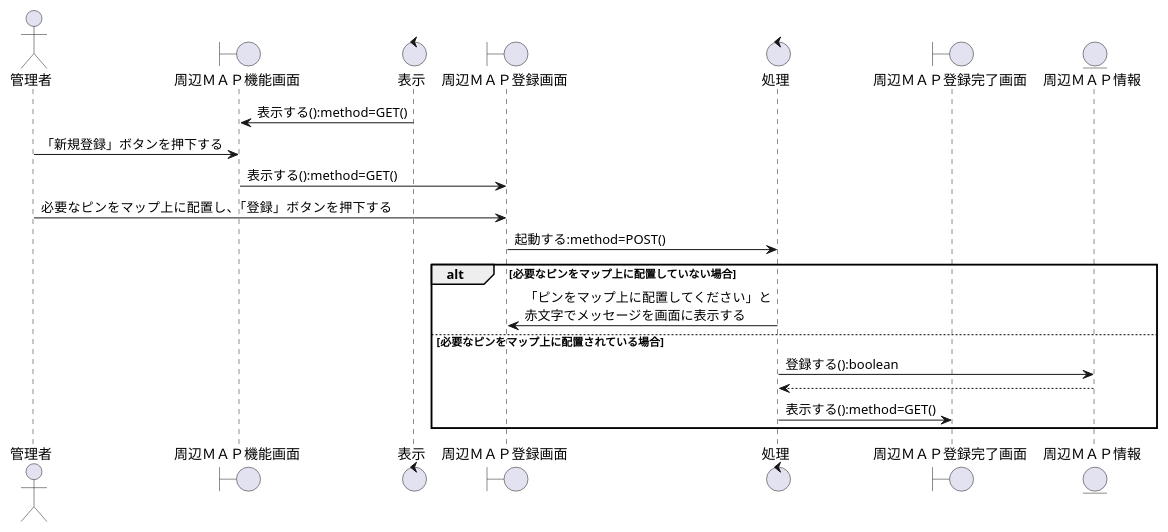
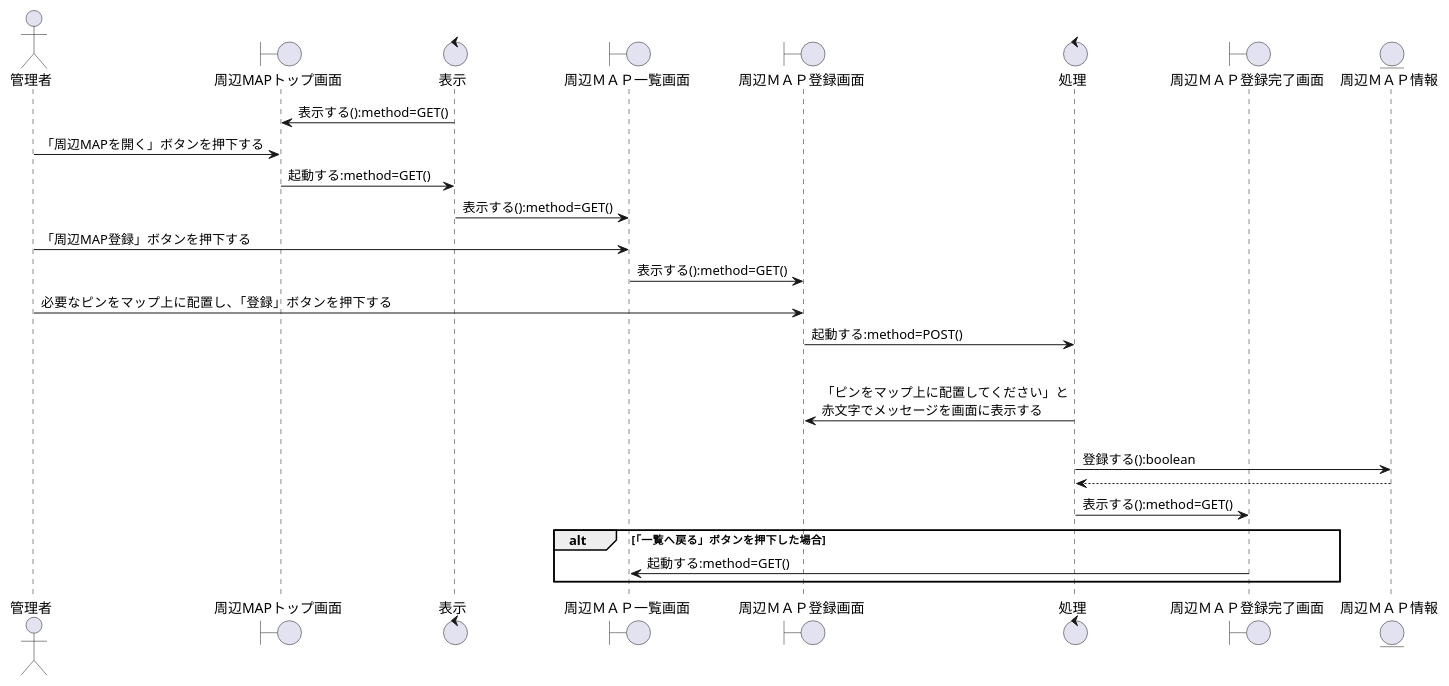
The diagram in お城/お城/設計書/シーケンス図/管理者/周辺MAP機能/シーケンス図_管理者がお城の周辺情報の登録をする.pu (K-Rinrin/GroupE), drawn with PlantUML before and after one commit. The commit also changed 3 other files, not shown here.

```diff
--- a/お城/お城/設計書/シーケンス図/管理者/周辺MAP機能/シーケンス図_管理者がお城の周辺情報の登録をする.pu
+++ b/お城/お城/設計書/シーケンス図/管理者/周辺MAP機能/シーケンス図_管理者がお城の周辺情報の登録をする.pu
@@ -1,33 +1,40 @@
 @startuml 管理者がお城の周辺情報の登録をする
 
 
 ' ========================================
 ' 登場モノの定義
 ' ========================================
 actor "管理者" as Admin
-boundary "周辺ＭＡＰ機能画面" as b1
+boundary "周辺MAPトップ画面" as b0
 control "表示" as c1
+boundary "周辺ＭＡＰ一覧画面" as b1
 boundary "周辺ＭＡＰ登録画面" as b2
 control "処理" as c2
 boundary "周辺ＭＡＰ登録完了画面" as b3
 entity "周辺ＭＡＰ情報" as e1
 
 ' ========================================
 ' シーケンスの流れ
 ' ========================================
 
+c1 -> b0 : 表示する():method=GET()
+Admin -> b0 : 「周辺MAPを開く」ボタンを押下する
+b0 -> c1 : 起動する:method=GET()
 c1 -> b1 : 表示する():method=GET()
-Admin -> b1 : 「新規登録」ボタンを押下する
+Admin -> b1 : 「周辺MAP登録」ボタンを押下する
 b1 -> b2 : 表示する():method=GET()
 Admin -> b2 : 必要なピンをマップ上に配置し、「登録」ボタンを押下する
 b2 -> c2 : 起動する:method=POST()
 
 alt 必要なピンをマップ上に配置していない場合
     c2 -> b2 : 「ピンをマップ上に配置してください」と\n赤文字でメッセージを画面に表示する
 else 必要なピンをマップ上に配置されている場合
     c2 -> e1 : 登録する():boolean
     e1 --> c2
     c2 -> b3: 表示する():method=GET()
+
+    alt 「一覧へ戻る」ボタンを押下した場合
+        b3 -> b1 : 起動する:method=GET()
 end
 
 @enduml
```
